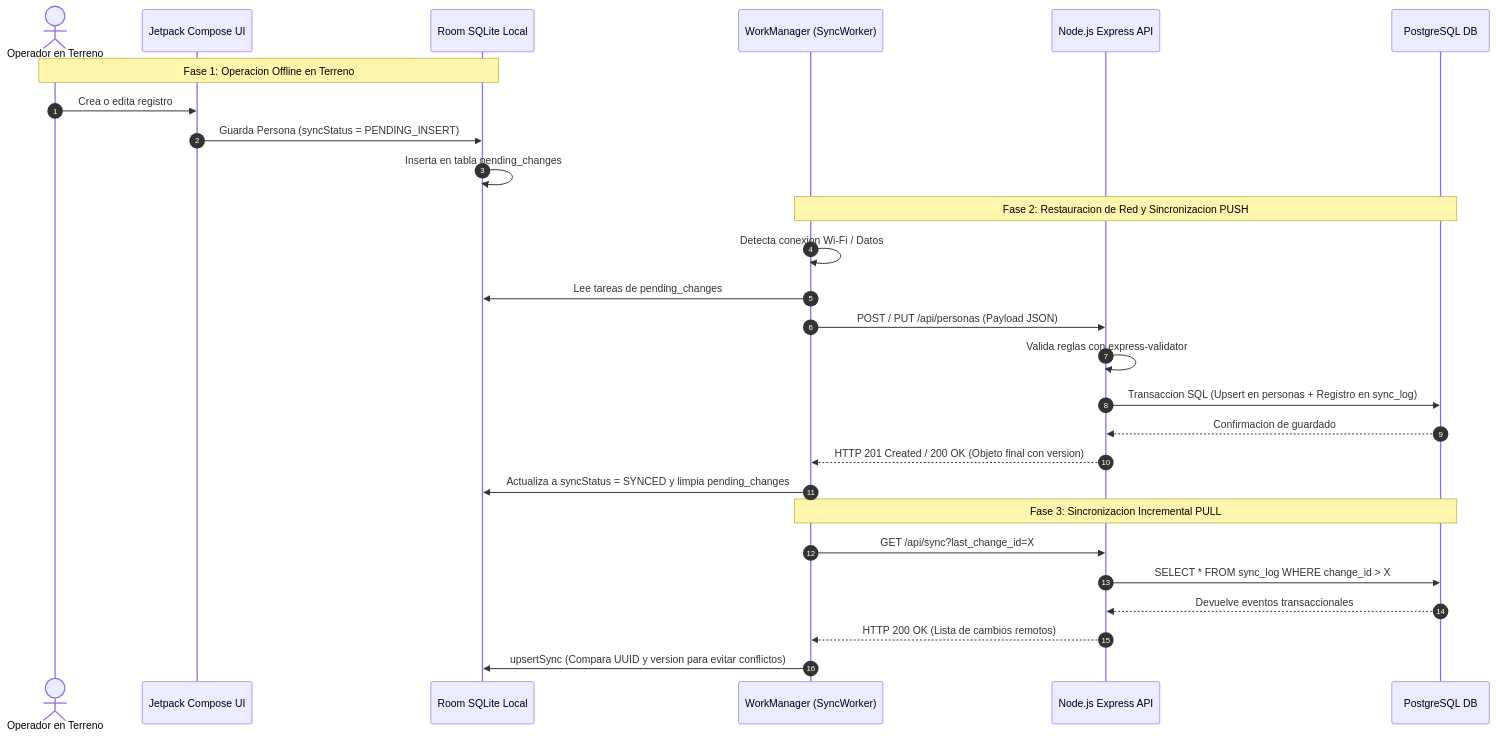
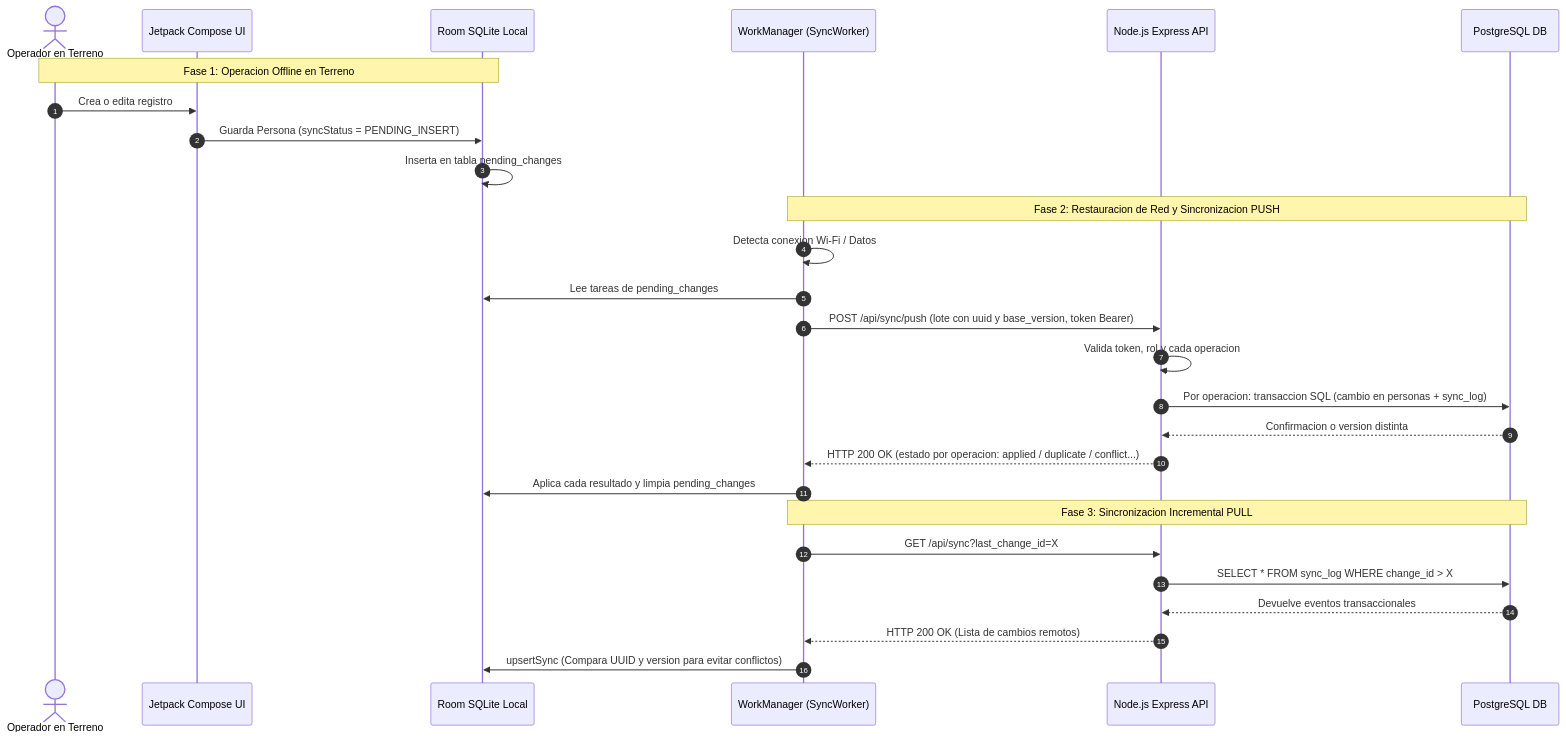
One commit to Aryannext/Sincronizaci-n-Web---app-Nativa changed the third of 3 diagrams in docs/documento.md. Above: the diagram before and after it, drawn with Mermaid. The commit also changed other lines of this file and 7 other files, not shown here.

````diff
--- a/docs/documento.md
+++ b/docs/documento.md
@@ -107,32 +120,32 @@
 ```mermaid
 sequenceDiagram
     autonumber
     actor Usuario as Operador en Terreno
     participant UI as Jetpack Compose UI
     participant Room as Room SQLite Local
     participant Worker as WorkManager (SyncWorker)
     participant API as Node.js Express API
     participant PG as PostgreSQL DB
 
     Note over Usuario, Room: Fase 1: Operacion Offline en Terreno
     Usuario->>UI: Crea o edita registro
     UI->>Room: Guarda Persona (syncStatus = PENDING_INSERT)
     Room->>Room: Inserta en tabla pending_changes
 
     Note over Worker, PG: Fase 2: Restauracion de Red y Sincronizacion PUSH
     Worker->>Worker: Detecta conexion Wi-Fi / Datos
     Worker->>Room: Lee tareas de pending_changes
-    Worker->>API: POST / PUT /api/personas (Payload JSON)
-    API->>API: Valida reglas con express-validator
-    API->>PG: Transaccion SQL (Upsert en personas + Registro en sync_log)
-    PG-->>API: Confirmacion de guardado
-    API-->>Worker: HTTP 201 Created / 200 OK (Objeto final con version)
-    Worker->>Room: Actualiza a syncStatus = SYNCED y limpia pending_changes
+    Worker->>API: POST /api/sync/push (lote con uuid y base_version, token Bearer)
+    API->>API: Valida token, rol y cada operacion
+    API->>PG: Por operacion: transaccion SQL (cambio en personas + sync_log)
+    PG-->>API: Confirmacion o version distinta
+    API-->>Worker: HTTP 200 OK (estado por operacion: applied / duplicate / conflict...)
+    Worker->>Room: Aplica cada resultado y limpia pending_changes
 
     Note over Worker, PG: Fase 3: Sincronizacion Incremental PULL
     Worker->>API: GET /api/sync?last_change_id=X
     API->>PG: SELECT * FROM sync_log WHERE change_id > X
     PG-->>API: Devuelve eventos transaccionales
     API-->>Worker: HTTP 200 OK (Lista de cambios remotos)
     Worker->>Room: upsertSync (Compara UUID y version para evitar conflictos)
 ```
````
